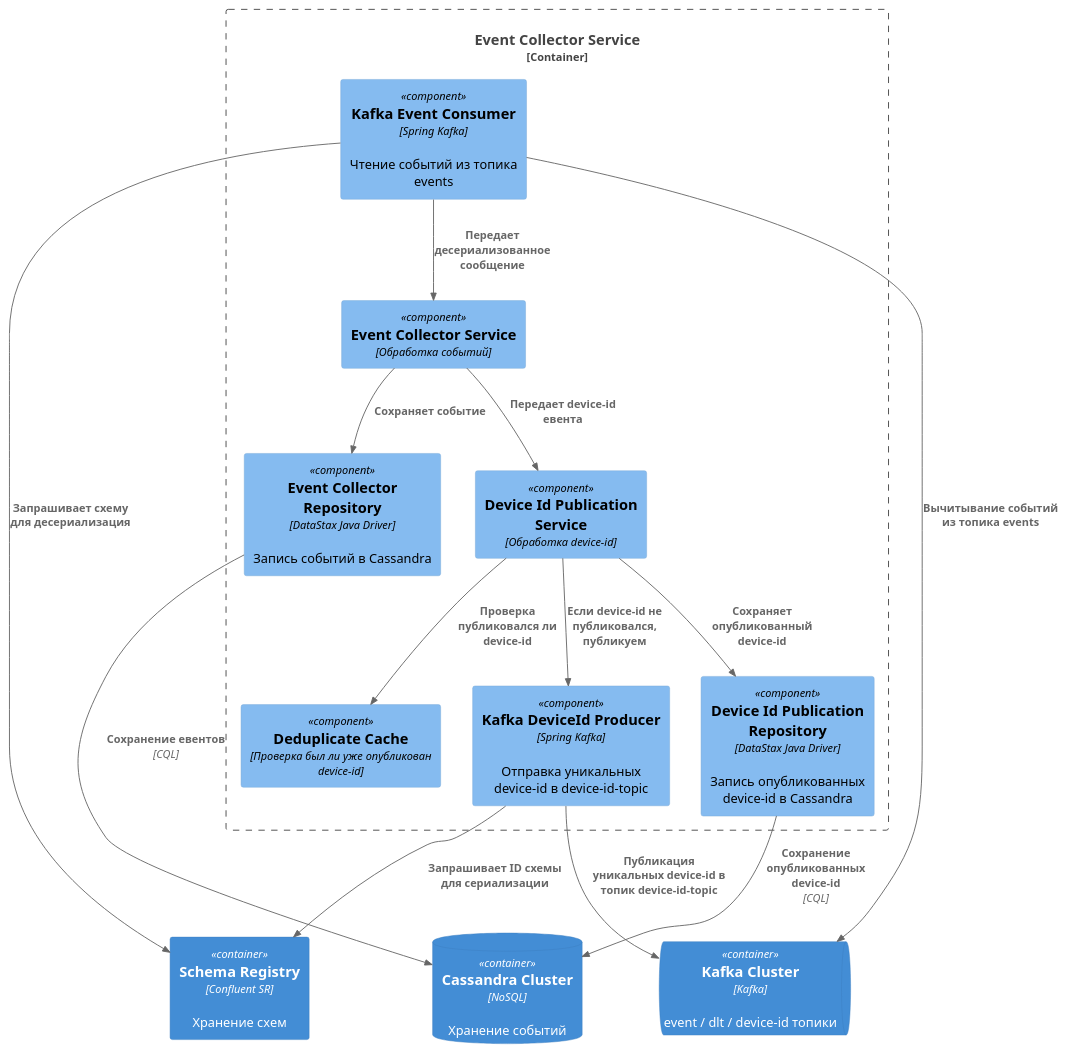
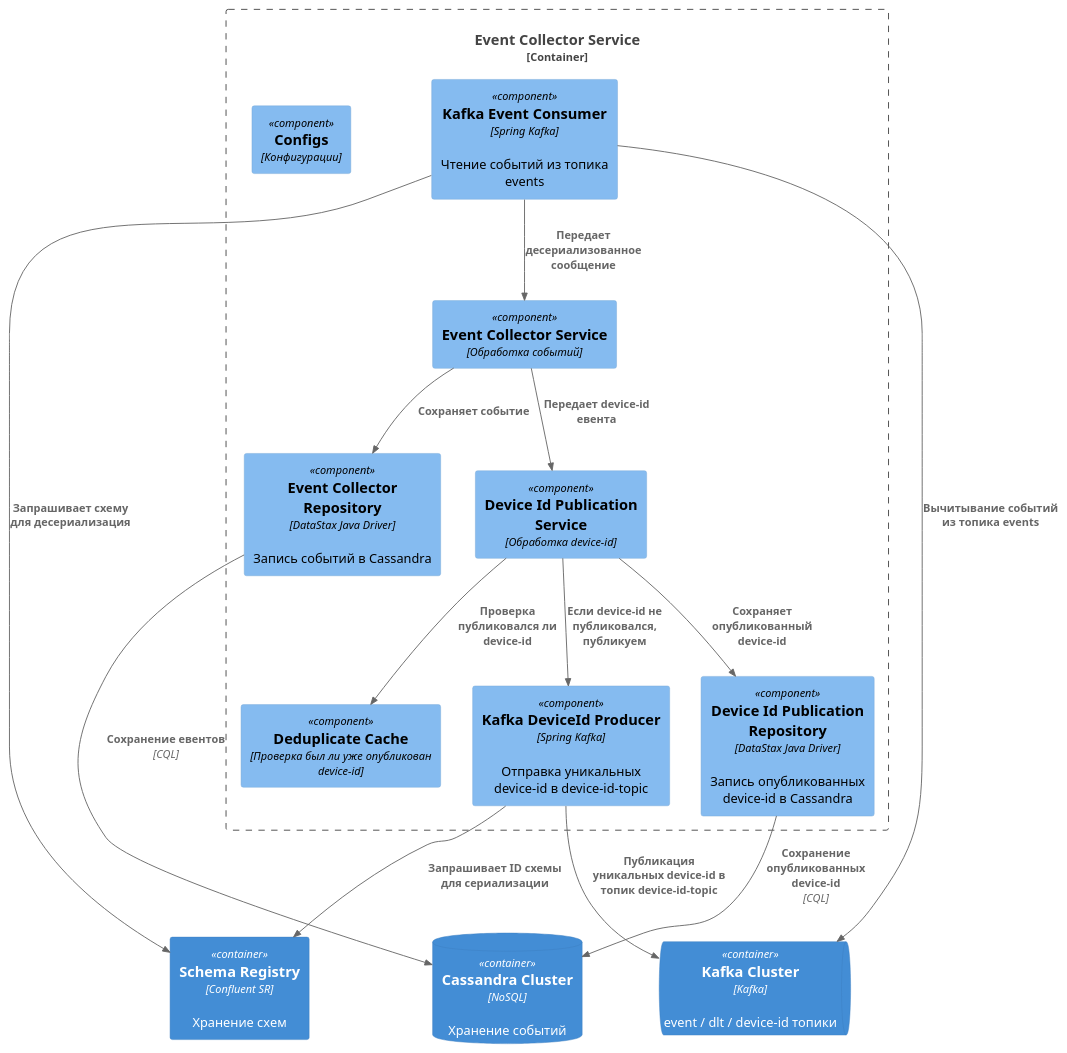
Before and after one commit to SinglePlayer56/iot: the diagram in diagrams/component.puml, drawn with PlantUML. The commit also changed 14 other files, not shown here.

Commit message:
Add batch processing and asynchronous writing to the database. Add config component to component diagram.

```diff
--- a/diagrams/component.puml
+++ b/diagrams/component.puml
@@ -1,32 +1,33 @@
 @startuml
 !includeurl https://raw.githubusercontent.com/plantuml-stdlib/C4-PlantUML/master/C4_Component.puml
 
 Container_Boundary(event_collector_service, "Event Collector Service") {
     Component(event_service, "Event Collector Service", "Обработка событий")
     Component(event_repo, "Event Collector Repository", "DataStax Java Driver", "Запись событий в Cassandra")
     Component(dedup_cache, "Deduplicate Cache", "Проверка был ли уже опубликован device-id")
     Component(kafka_event_consumer, "Kafka Event Consumer", "Spring Kafka", "Чтение событий из топика events")
     Component(kafka_device_id_producer, "Kafka DeviceId Producer", "Spring Kafka", "Отправка уникальных device-id в device-id-topic")
     Component(device_id_piblication_service, "Device Id Publication Service", "Обработка device-id")
     Component(device_id_publication_repo, "Device Id Publication Repository", "DataStax Java Driver", "Запись опубликованных device-id в Cassandra")
+    Component(configs, "Configs", "Конфигурации")
 
     Rel(kafka_event_consumer, event_service, "Передает десериализованное сообщение")
     Rel(event_service, event_repo, "Сохраняет событие")
     Rel(event_service, device_id_piblication_service, "Передает device-id евента")
     Rel(device_id_piblication_service, dedup_cache, "Проверка публиковался ли device-id")
     Rel(device_id_piblication_service, device_id_publication_repo, "Сохраняет опубликованный device-id")
     Rel(device_id_piblication_service, kafka_device_id_producer, "Если device-id не публиковался, публикуем")
 }
 
 ContainerDb(cassandra, "Cassandra Cluster", "NoSQL", "Хранение событий")
 ContainerQueue(kafka, "Kafka Cluster", "Kafka", "event / dlt / device-id топики")
 Container(schema_registry, "Schema Registry", "Confluent SR", "Хранение схем")
 
 Rel(event_repo, cassandra, "Сохранение евентов", "CQL")
 Rel(device_id_publication_repo, cassandra, "Сохранение опубликованных device-id", "CQL")
 Rel(kafka_event_consumer, schema_registry, "Запрашивает схему для десериализация")
 Rel(kafka_device_id_producer, schema_registry, "Запрашивает ID схемы для сериализации")
 Rel(kafka_event_consumer, kafka, "Вычитывание событий из топика events")
 Rel(kafka_device_id_producer, kafka, "Публикация уникальных device-id в топик device-id-topic")
 
 @enduml
```
